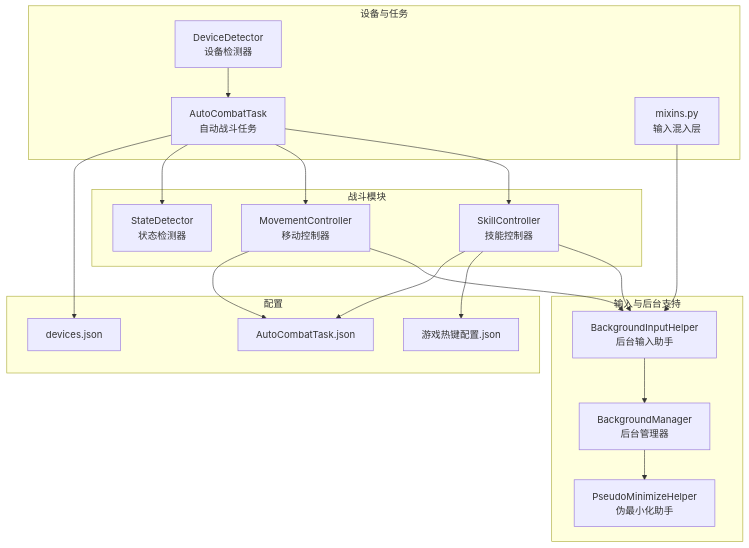
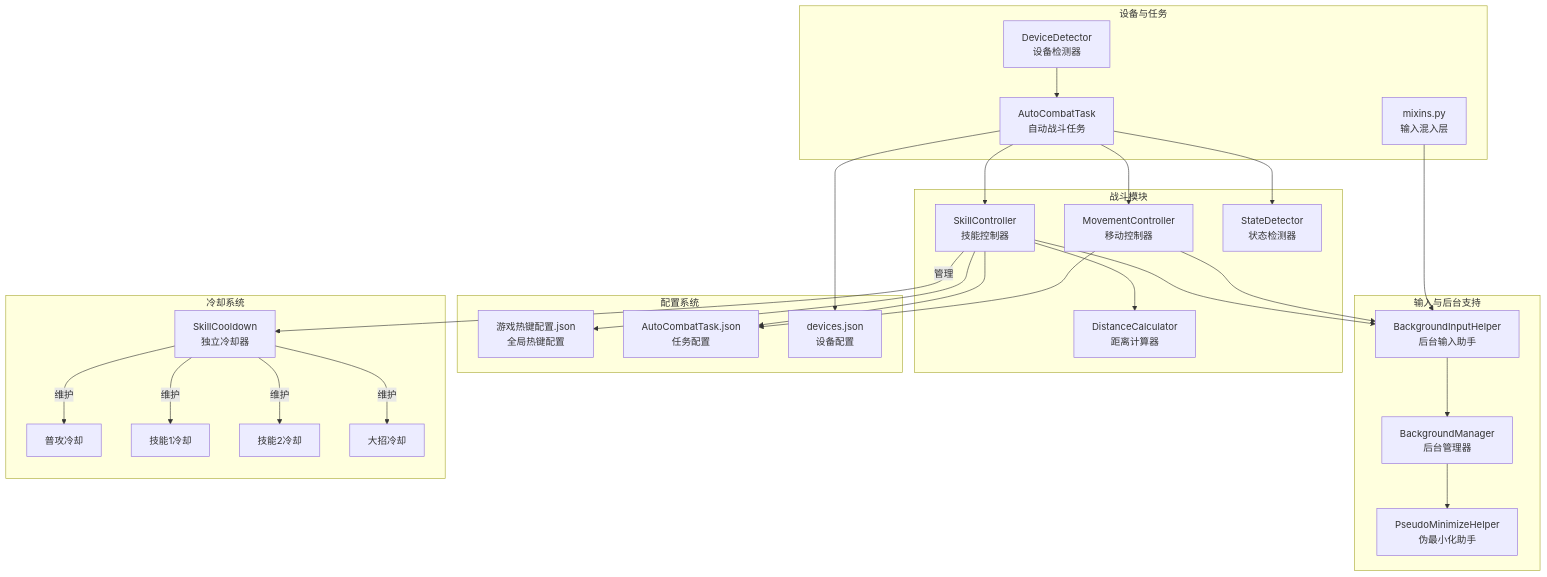
One commit to xsy098-max/ok-jump changed the first of 7 diagrams in .qoder/repowiki/zh/content/战斗系统/技能控制器.md. Above: the diagram before and after it, drawn with Mermaid. The commit also changed other lines of this file and 22 other files, not shown here.

````diff
--- a/.qoder/repowiki/zh/content/战斗系统/技能控制器.md
+++ b/.qoder/repowiki/zh/content/战斗系统/技能控制器.md
@@ -45,36 +63,45 @@
 ```mermaid
 graph TB
 subgraph "战斗模块"
 SC["SkillController<br/>技能控制器"]
 MC["MovementController<br/>移动控制器"]
 SD["StateDetector<br/>状态检测器"]
+DC["DistanceCalculator<br/>距离计算器"]
 end
 subgraph "输入与后台支持"
 BIH["BackgroundInputHelper<br/>后台输入助手"]
 BM["BackgroundManager<br/>后台管理器"]
 PMH["PseudoMinimizeHelper<br/>伪最小化助手"]
 end
 subgraph "设备与任务"
 DD["DeviceDetector<br/>设备检测器"]
 ACT["AutoCombatTask<br/>自动战斗任务"]
 MIX["mixins.py<br/>输入混入层"]
 end
-subgraph "配置"
-HK["游戏热键配置.json"]
-AC["AutoCombatTask.json"]
-DEV["devices.json"]
+subgraph "配置系统"
+HK["游戏热键配置.json<br/>全局热键配置"]
+AC["AutoCombatTask.json<br/>任务配置"]
+DEV["devices.json<br/>设备配置"]
+end
+subgraph "冷却系统"
+SC --> |管理| COOLDOWN["SkillCooldown<br/>独立冷却器"]
+COOLDOWN --> |维护| ATTACK["普攻冷却"]
+COOLDOWN --> |维护| SKILL1["技能1冷却"]
+COOLDOWN --> |维护| SKILL2["技能2冷却"]
+COOLDOWN --> |维护| ULTIMATE["大招冷却"]
 end
 ACT --> SC
 ACT --> MC
 ACT --> SD
+SC --> DC
 SC --> BIH
 MC --> BIH
 BIH --> BM
 BM --> PMH
 DD --> ACT
 SC --> HK
 SC --> AC
 MC --> AC
 ACT --> DEV
 MIX --> BIH
 ```
````
